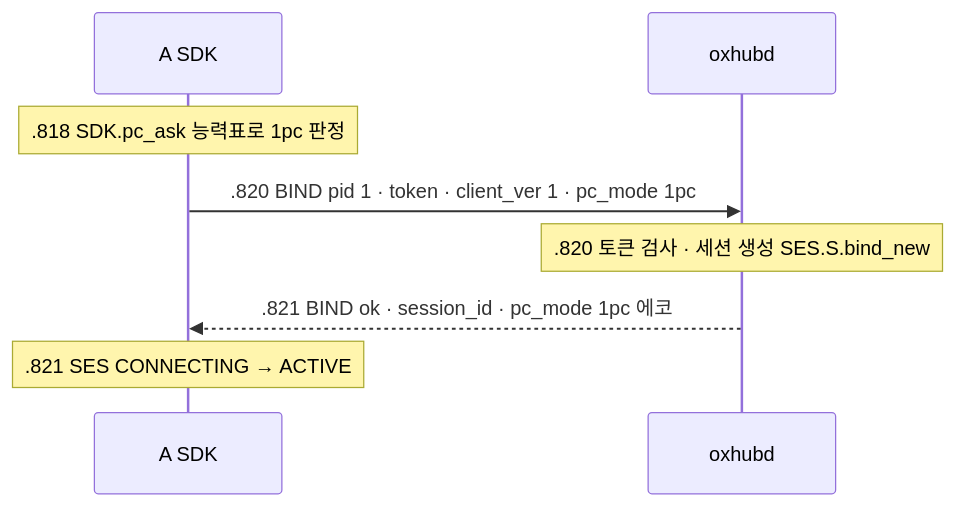
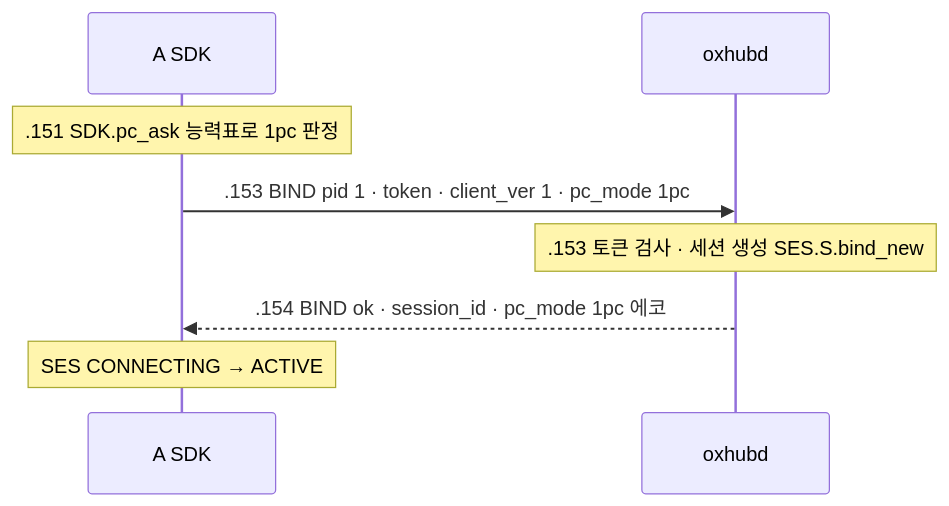
One commit to kodeholic9/oxlens-sfu changed the second of 4 diagrams in docs/learn/02_CONNECT_JOIN.md. Above: the diagram before and after it, drawn with Mermaid. The commit also changed other lines of this file and 19 other files, not shown here.

````diff
--- a/docs/learn/02_CONNECT_JOIN.md
+++ b/docs/learn/02_CONNECT_JOIN.md
@@ -52,10 +58,10 @@
 ```mermaid
 sequenceDiagram
   participant A as A SDK
   participant H as oxhubd
-  Note over A: .818 SDK.pc_ask 능력표로 1pc 판정
-  A->>H: .820 BIND pid 1 · token · client_ver 1 · pc_mode 1pc
-  Note over H: .820 토큰 검사 · 세션 생성 SES.S.bind_new
-  H-->>A: .821 BIND ok · session_id · pc_mode 1pc 에코
-  Note over A: .821 SES CONNECTING → ACTIVE
+  Note over A: .151 SDK.pc_ask 능력표로 1pc 판정
+  A->>H: .153 BIND pid 1 · token · client_ver 1 · pc_mode 1pc
+  Note over H: .153 토큰 검사 · 세션 생성 SES.S.bind_new
+  H-->>A: .154 BIND ok · session_id · pc_mode 1pc 에코
+  Note over A: SES CONNECTING → ACTIVE
 ```
````
